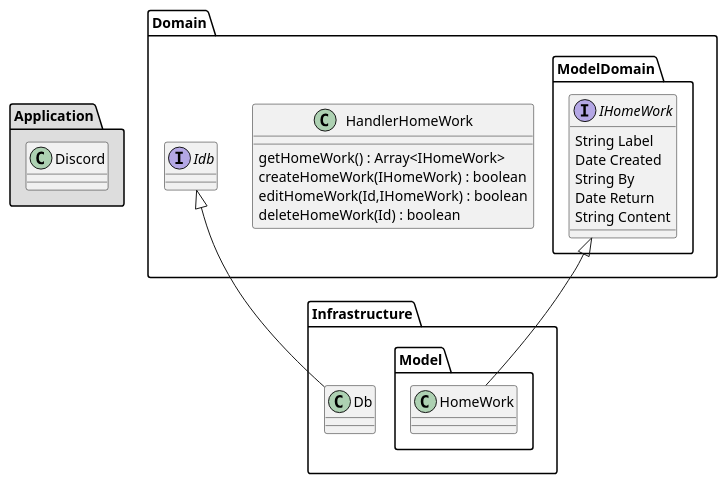
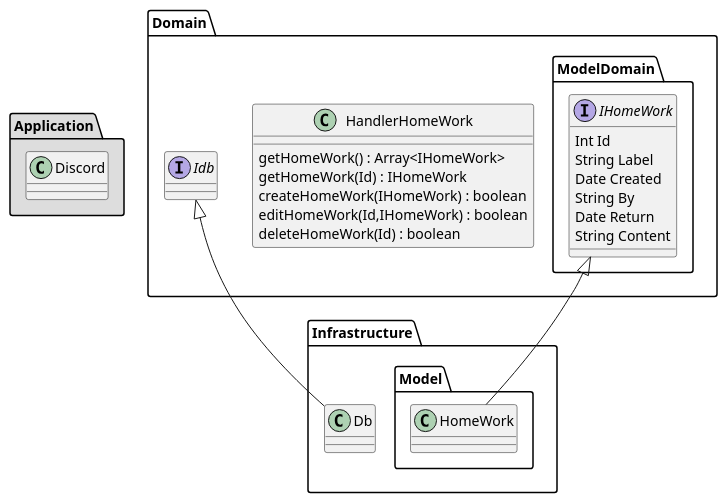
One commit to batleforc/BotKodan changed the diagram in protoDDD.puml. Above: the diagram before and after it, drawn with PlantUML. The commit also changed 1 other file, not shown here.

Commit message:
[add] Id and getHomeWork by id

```diff
--- a/protoDDD.puml
+++ b/protoDDD.puml
@@ -1,36 +1,38 @@
 @startuml
 
 package "Application" #DDDDDD {
   class Discord
 }
 
 package "Domain" {
   package ModelDomain{
     interface IHomeWork{
+      Int Id
       String Label
       Date Created
       String By
       Date Return
       String Content
     }
   }
   class HandlerHomeWork{
     getHomeWork() : Array<IHomeWork>
+    getHomeWork(Id) : IHomeWork
     createHomeWork(IHomeWork) : boolean
     editHomeWork(Id,IHomeWork) : boolean
     deleteHomeWork(Id) : boolean
   }
   interface Idb
 }
 
 package "Infrastructure"{
   class Db
   package "Model"{
     class HomeWork
   }
 }
 
 IHomeWork <|-- HomeWork
 Idb <|-- Db
 
 @enduml
```
